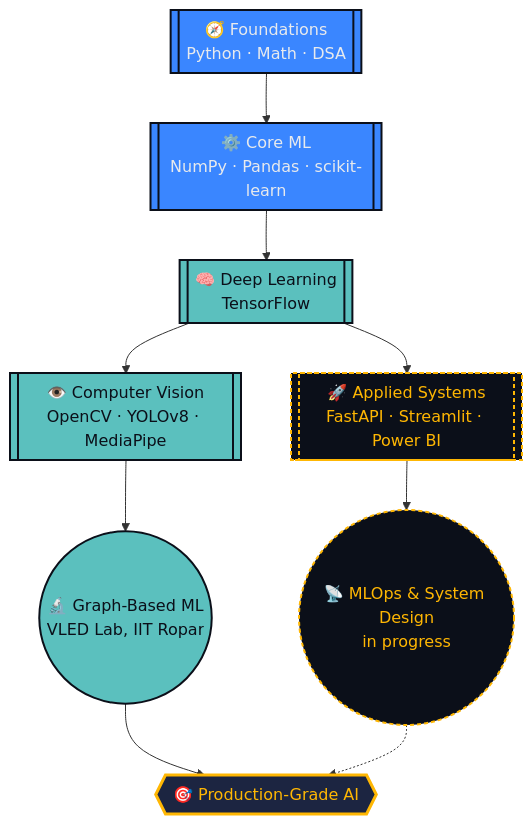
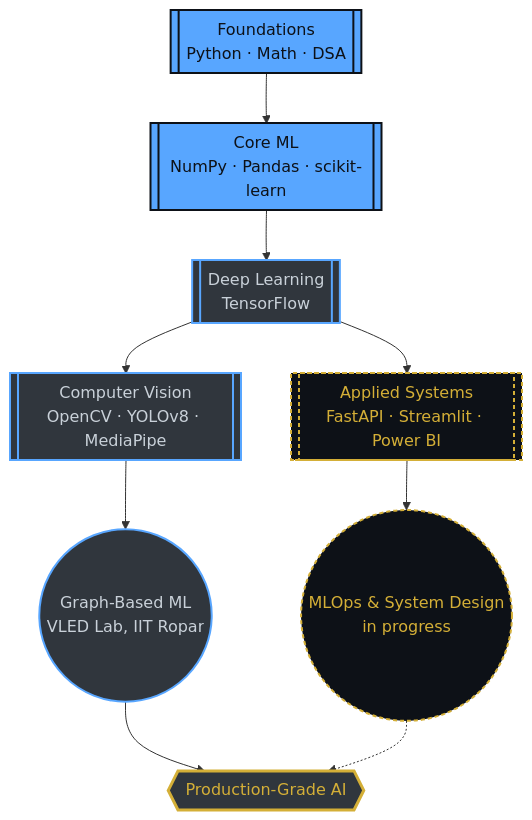
Before and after one commit to kanth071/kanth071: the diagram in README.md, drawn with Mermaid. The commit also changed other lines of this file, not shown here.

````diff
--- a/README.md
+++ b/README.md
@@ -97,21 +77,21 @@
 ```mermaid
 flowchart TD
-    A[["🧭 Foundations<br/>Python · Math · DSA"]] --> B[["⚙️ Core ML<br/>NumPy · Pandas · scikit-learn"]]
-    B --> C[["🧠 Deep Learning<br/>TensorFlow"]]
-    C --> D[["👁️ Computer Vision<br/>OpenCV · YOLOv8 · MediaPipe"]]
-    C --> E[["🚀 Applied Systems<br/>FastAPI · Streamlit · Power BI"]]
-    D --> F(("🔬 Graph-Based ML<br/>VLED Lab, IIT Ropar"))
-    E --> G(("📡 MLOps & System Design<br/>in progress"))
-    F --> H{{"🎯 Production-Grade AI"}}
+    A[["Foundations<br/>Python · Math · DSA"]] --> B[["Core ML<br/>NumPy · Pandas · scikit-learn"]]
+    B --> C[["Deep Learning<br/>TensorFlow"]]
+    C --> D[["Computer Vision<br/>OpenCV · YOLOv8 · MediaPipe"]]
+    C --> E[["Applied Systems<br/>FastAPI · Streamlit · Power BI"]]
+    D --> F(("Graph-Based ML<br/>VLED Lab, IIT Ropar"))
+    E --> G(("MLOps & System Design<br/>in progress"))
+    F --> H{{"Production-Grade AI"}}
     G -.-> H
 
-    classDef unlocked fill:#3A86FF,stroke:#0B0F19,color:#E8EAED,stroke-width:2px;
-    classDef mastered fill:#5BC0BE,stroke:#0B0F19,color:#0B0F19,stroke-width:2px;
-    classDef inprogress fill:#0B0F19,stroke:#FFB703,color:#FFB703,stroke-width:2px,stroke-dasharray:4 3;
-    classDef frontier fill:#1C2541,stroke:#FFB703,color:#FFB703,stroke-width:3px;
+    classDef unlocked fill:#58A6FF,stroke:#0D1117,color:#0D1117,stroke-width:2px;
+    classDef mastered fill:#30363D,stroke:#58A6FF,color:#C9D1D9,stroke-width:2px;
+    classDef inprogress fill:#0D1117,stroke:#D4AF37,color:#D4AF37,stroke-width:2px,stroke-dasharray:4 3;
+    classDef frontier fill:#30363D,stroke:#D4AF37,color:#D4AF37,stroke-width:3px;
 
     class A,B unlocked;
     class C,D,F mastered;
     class E,G inprogress;
     class H frontier;
 ```
````
